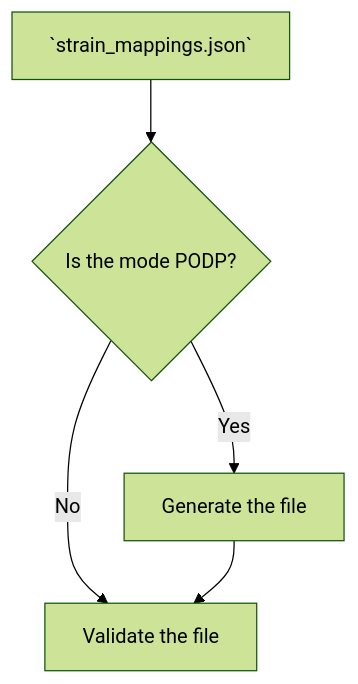
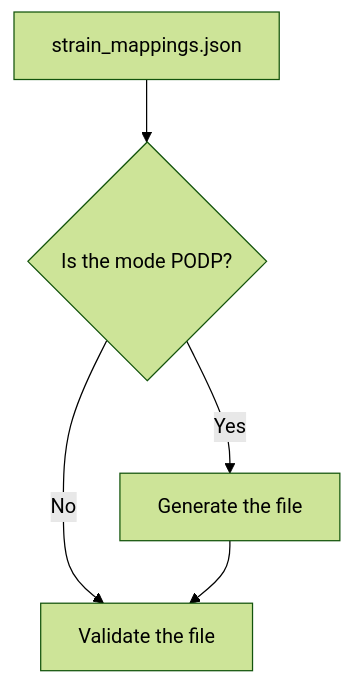
Before and after one commit to NPLinker/nplinker: the first of 6 diagrams in docs/diagrams/arranger.md, drawn with Mermaid (forest theme). The commit also changed other lines of this file, not shown here.

Commit message:
fix mermaid unsupported feature

````diff
--- a/docs/diagrams/arranger.md
+++ b/docs/diagrams/arranger.md
@@ -6,6 +6,6 @@
 ``` mermaid
 flowchart TD
-    StrainMappings[`strain_mappings.json`] --> SM{Is the mode PODP?}
+    StrainMappings[strain_mappings.json] --> SM{Is the mode PODP?}
     SM --> |No |SM0[Validate the file]
     SM --> |Yes|SM1[Generate the file] --> SM0
 ```
````
